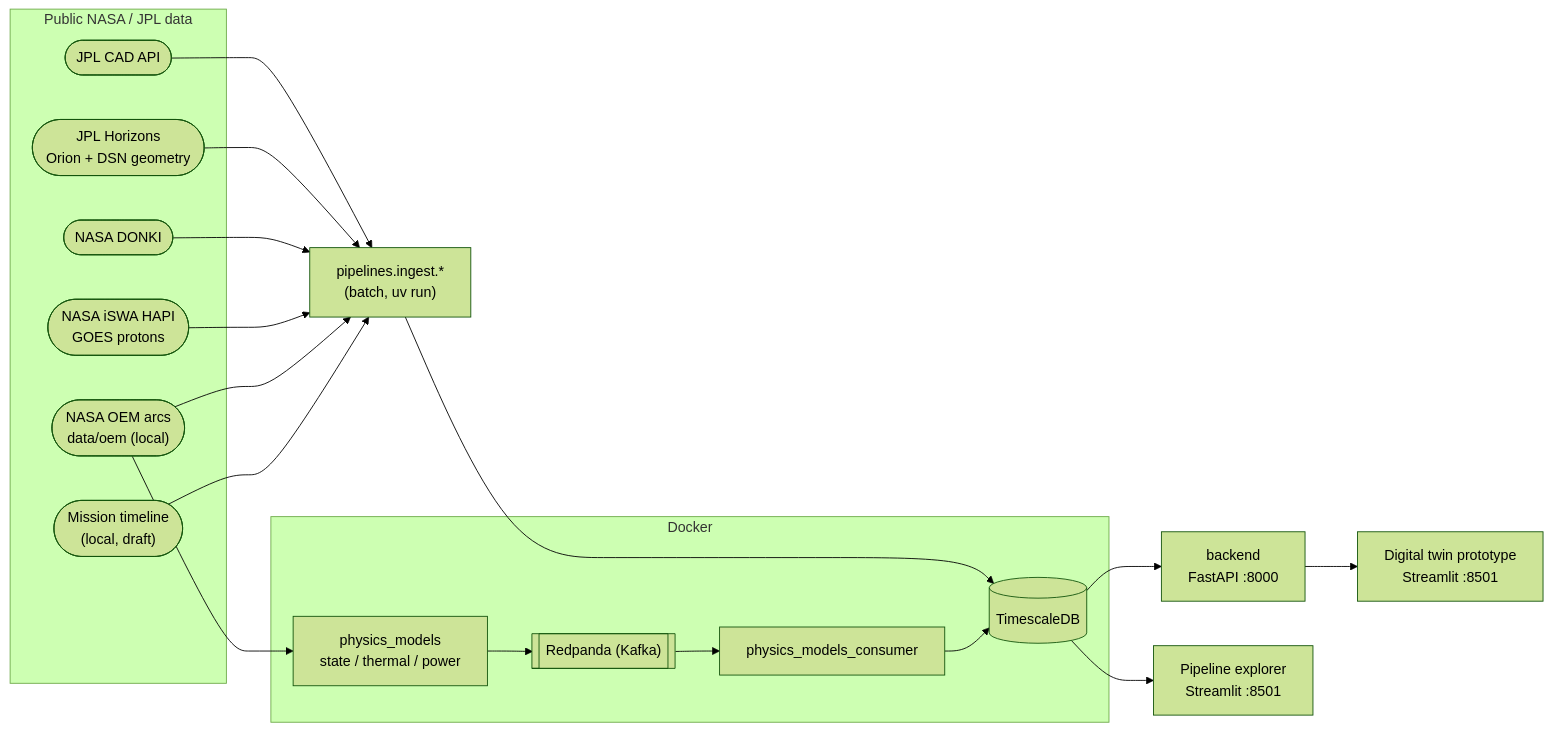
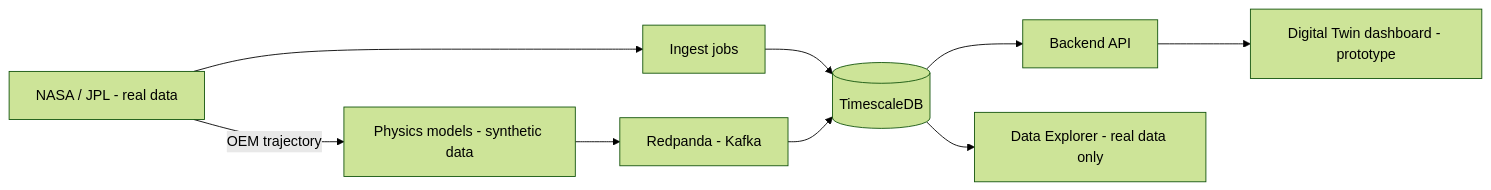
Before and after one commit to datatribe-collective-labs/telemetry: the diagram in README.md, drawn with Mermaid (forest theme). The commit also changed other lines of this file and 4 other files, not shown here.

First line of the commit message:
docs: explain real vs synthetic data and add a prototype quick start

````diff
--- a/README.md
+++ b/README.md
@@ -32,32 +10,20 @@
 ```mermaid
 flowchart LR
-    subgraph Sources["Public NASA / JPL data"]
-        CAD(["JPL CAD API"])
-        HZN(["JPL Horizons\nOrion + DSN geometry"])
-        DONKI(["NASA DONKI"])
-        ISWA(["NASA iSWA HAPI\nGOES protons"])
-        OEM(["NASA OEM arcs\ndata/oem (local)"])
-        EVT(["Mission timeline\n(local, draft)"])
-    end
+    NASA["NASA / JPL - real data"]
+    Ingest["Ingest jobs"]
+    Physics["Physics models - synthetic data"]
+    Kafka["Redpanda - Kafka"]
+    DB[("TimescaleDB")]
+    API["Backend API"]
+    Twin["Digital Twin dashboard - prototype"]
+    Explorer["Data Explorer - real data only"]
 
-    Ingest["pipelines.ingest.*\n(batch, uv run)"]
-    Physics["physics_models\nstate / thermal / power"]
-    Kafka[["Redpanda (Kafka)"]]
-    Consumer["physics_models_consumer"]
-    DB[("TimescaleDB")]
-    API["backend\nFastAPI :8000"]
-    Explorer["Pipeline explorer\nStreamlit :8501"]
-    Proto["Digital twin prototype\nStreamlit :8501"]
-
-    CAD & HZN & DONKI & ISWA & OEM & EVT --> Ingest --> DB
-    OEM --> Physics --> Kafka --> Consumer --> DB
-    DB --> API --> Proto
+    NASA --> Ingest
+    Ingest --> DB
+    NASA -- OEM trajectory --> Physics
+    Physics --> Kafka
+    Kafka --> DB
+    DB --> API
+    API --> Twin
     DB --> Explorer
-
-    subgraph Docker["Docker"]
-        DB
-        Kafka
-        Physics
-        Consumer
-    end
 ```
````
